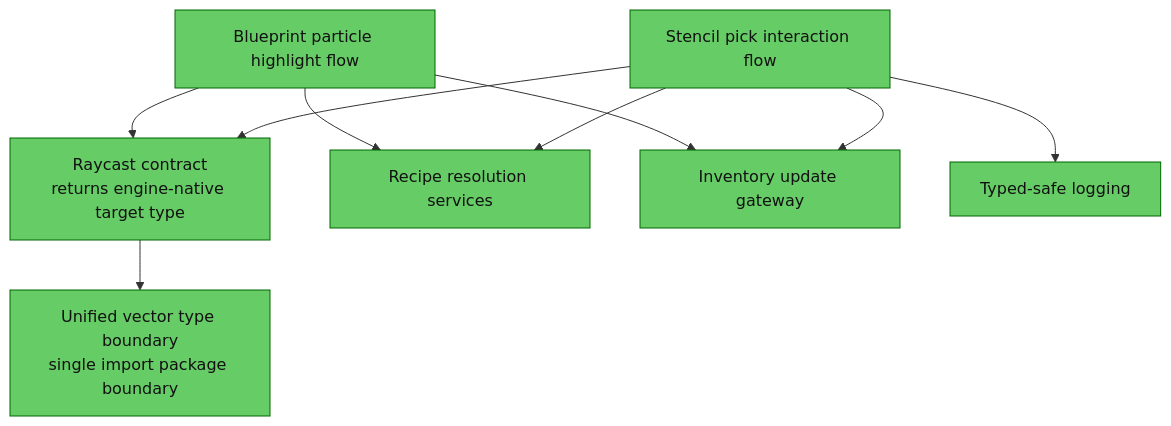
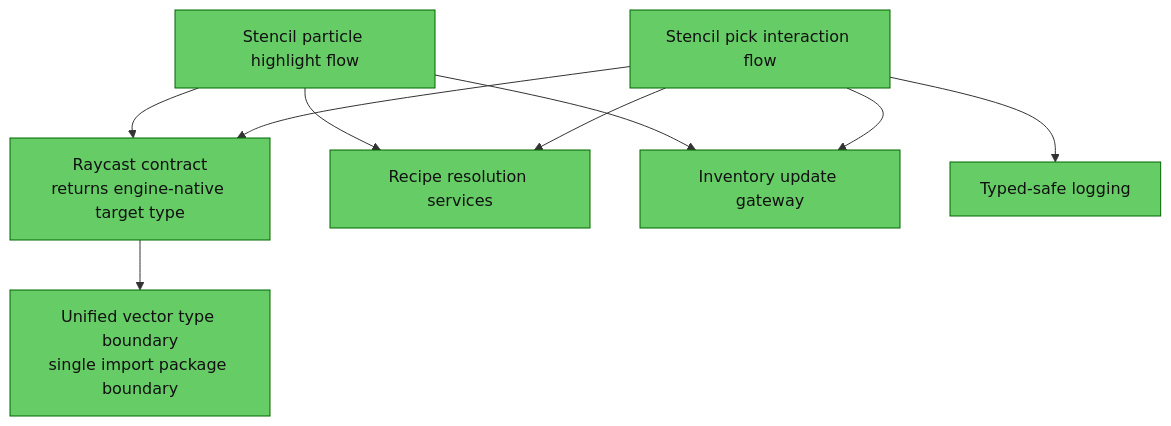
One commit to TheCodeCreature/Hytale-Example-Plugin changed the second of 2 diagrams in docs/review-decompile-compile-fix-vector-api-risk.md. Above: the diagram before and after it, drawn with Mermaid. The commit also changed other lines of this file and 289 other files, not shown here.

````diff
--- a/docs/review-decompile-compile-fix-vector-api-risk.md
+++ b/docs/review-decompile-compile-fix-vector-api-risk.md
@@ -53,22 +53,22 @@
 ```mermaid
 graph TB
   VecAlias[Unified vector type boundary\nsingle import package boundary]
   RaySvc[Raycast contract\nreturns engine-native target type]
   PickSvc[Stencil pick interaction flow]
-  ParticleSvc[Blueprint particle highlight flow]
+  ParticleSvc[Stencil particle highlight flow]
   RecipeSvc[Recipe resolution services]
   InvSvc[Inventory update gateway]
   SafeLog[Typed-safe logging]
 
   PickSvc --> RaySvc
   ParticleSvc --> RaySvc
   RaySvc --> VecAlias
   PickSvc --> RecipeSvc
   ParticleSvc --> RecipeSvc
   PickSvc --> InvSvc
   ParticleSvc --> InvSvc
   PickSvc --> SafeLog
 
   classDef green fill:#6c6,stroke:#060,color:#111;
   class VecAlias,RaySvc,PickSvc,ParticleSvc,RecipeSvc,InvSvc,SafeLog green;
 ```
````
